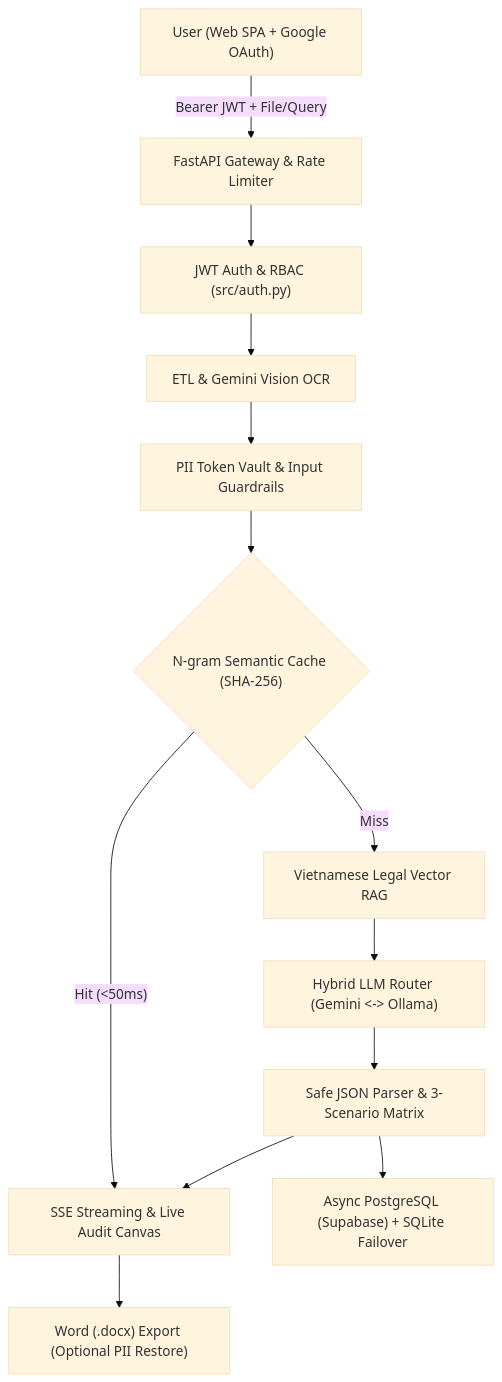
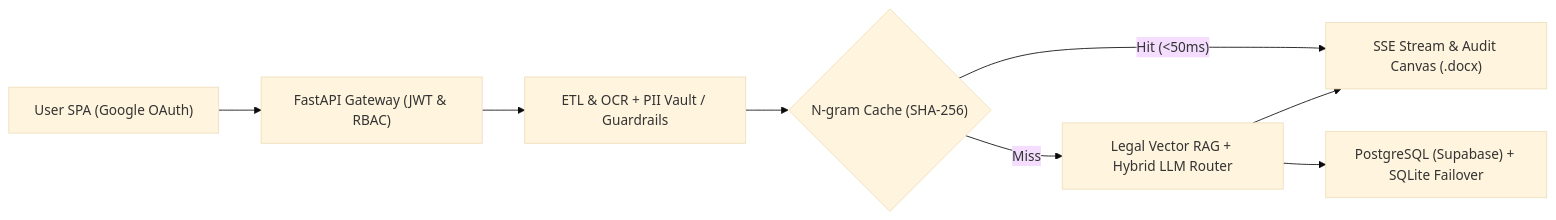
Before and after one commit to kietnguyenx/enterprise-legal-copilot: the diagram in README.md, drawn with Mermaid (base theme). The commit also changed 1 other file, not shown here.

Commit message:
docs: streamline README, horizontal architecture diagram, and clean screenshots

````diff
--- a/README.md
+++ b/README.md
@@ -29,15 +29,10 @@
 ```mermaid
-flowchart TD
-    U["User (Web SPA + Google OAuth)"] -->|"Bearer JWT + File/Query"| GW["FastAPI Gateway & Rate Limiter"]
-    GW --> AUTH["JWT Auth & RBAC (src/auth.py)"]
-    AUTH --> ETL["ETL & Gemini Vision OCR"]
-    ETL --> SEC["PII Token Vault & Input Guardrails"]
-    SEC --> CACHE{"N-gram Semantic Cache (SHA-256)"}
-    CACHE -->|"Hit (<50ms)"| SSE["SSE Streaming & Live Audit Canvas"]
-    CACHE -->|"Miss"| RAG["Vietnamese Legal Vector RAG"]
-    RAG --> ROUTER["Hybrid LLM Router (Gemini <-> Ollama)"]
-    ROUTER --> JSON["Safe JSON Parser & 3-Scenario Matrix"]
-    JSON --> SSE
-    JSON --> DB["Async PostgreSQL (Supabase) + SQLite Failover"]
-    SSE --> EXP["Word (.docx) Export (Optional PII Restore)"]
+flowchart LR
+    U["User SPA (Google OAuth)"] --> GW["FastAPI Gateway (JWT & RBAC)"]
+    GW --> ETL["ETL & OCR + PII Vault / Guardrails"]
+    ETL --> CACHE{"N-gram Cache (SHA-256)"}
+    CACHE -->|"Hit (<50ms)"| OUT["SSE Stream & Audit Canvas (.docx)"]
+    CACHE -->|"Miss"| RAG["Legal Vector RAG + Hybrid LLM Router"]
+    RAG --> OUT
+    RAG --> DB["PostgreSQL (Supabase) + SQLite Failover"]
 ```
````
